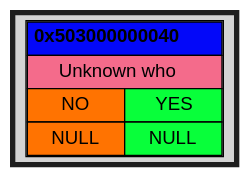
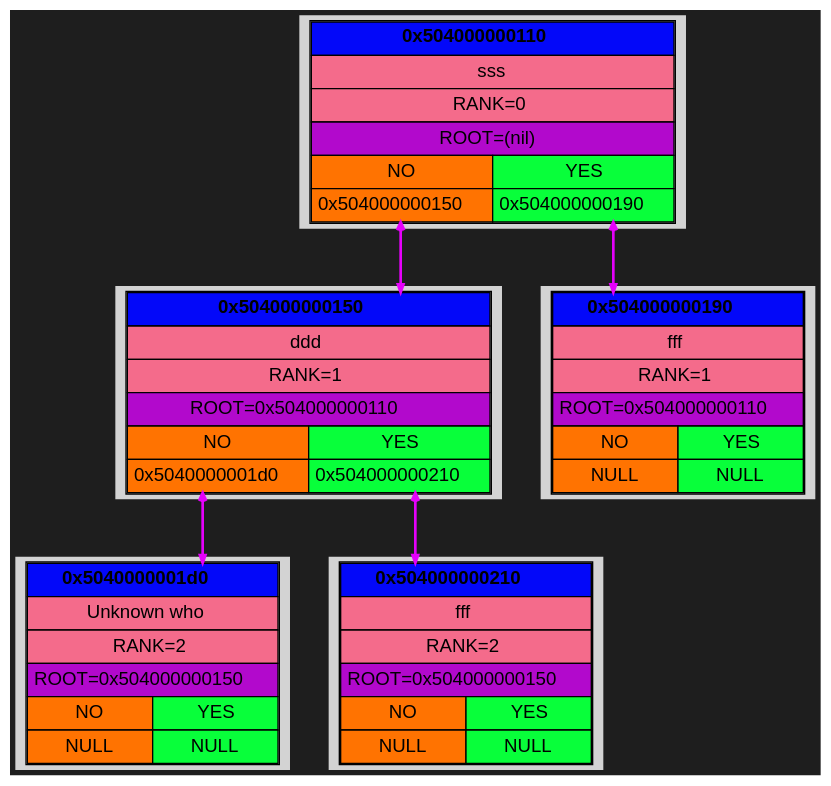
Before and after one commit to Kabuto-Mainer/Akinator: the diagram in DUMPS/DUMP_1/graph.dot, drawn with Graphviz. The commit also changed 11 other files, not shown here.

```diff
--- a/DUMPS/DUMP_1/graph.dot
+++ b/DUMPS/DUMP_1/graph.dot
@@ -1,22 +1,80 @@
 digraph {
   rankdir=UD;
   bgcolor="#1e1e1e"
   splines=ortho;
   nodesep=0.4;
   ranksep=0.6;
   node [shape=plaintext, style=filled, fontname="Helvetica"];
   edge [arrowhead=vee, arrowsize=0.6, penwidth=1.2];
 
-block_0x503000000040 [label=<
+block_0x5040000001d0 [label=<
 <TABLE CELLSPACING="0" CELLPADDING="4">
-<TR><TD PORT="root" BGCOLOR="#0308f9ff" COLSPAN="2"><B>0x503000000040</B></TD></TR>
+<TR><TD PORT="root" BGCOLOR="#0308f9ff" COLSPAN="2"><B>0x5040000001d0</B></TD></TR>
 <TR><TD BGCOLOR="#f46b8bff" COLSPAN="2">Unknown who</TD></TR>
+<TR><TD BGCOLOR="#f46b8bff" COLSPAN="2">RANK=2</TD></TR>
+<TR><TD BGCOLOR="#b209ccff" COLSPAN="2">ROOT=0x504000000150</TD></TR>
 <TR><TD BGCOLOR="#ff7301ff">NO</TD><TD BGCOLOR="#08ff3aff">YES</TD></TR>
 <TR>
 <TD PORT="left" BGCOLOR="#ff7301ff">NULL</TD>
 <TD PORT="right" BGCOLOR="#08ff3aff">NULL</TD>
 </TR>
 </TABLE> >];
 
+block_0x504000000210 [label=<
+<TABLE CELLSPACING="0" CELLPADDING="4">
+<TR><TD PORT="root" BGCOLOR="#0308f9ff" COLSPAN="2"><B>0x504000000210</B></TD></TR>
+<TR><TD BGCOLOR="#f46b8bff" COLSPAN="2">fff</TD></TR>
+<TR><TD BGCOLOR="#f46b8bff" COLSPAN="2">RANK=2</TD></TR>
+<TR><TD BGCOLOR="#b209ccff" COLSPAN="2">ROOT=0x504000000150</TD></TR>
+<TR><TD BGCOLOR="#ff7301ff">NO</TD><TD BGCOLOR="#08ff3aff">YES</TD></TR>
+<TR>
+<TD PORT="left" BGCOLOR="#ff7301ff">NULL</TD>
+<TD PORT="right" BGCOLOR="#08ff3aff">NULL</TD>
+</TR>
+</TABLE> >];
+
+block_0x504000000150 [label=<
+<TABLE CELLSPACING="0" CELLPADDING="4">
+<TR><TD PORT="root" BGCOLOR="#0308f9ff" COLSPAN="2"><B>0x504000000150</B></TD></TR>
+<TR><TD BGCOLOR="#f46b8bff" COLSPAN="2">ddd</TD></TR>
+<TR><TD BGCOLOR="#f46b8bff" COLSPAN="2">RANK=1</TD></TR>
+<TR><TD BGCOLOR="#b209ccff" COLSPAN="2">ROOT=0x504000000110</TD></TR>
+<TR><TD BGCOLOR="#ff7301ff">NO</TD><TD BGCOLOR="#08ff3aff">YES</TD></TR>
+<TR>
+<TD PORT="left" BGCOLOR="#ff7301ff">0x5040000001d0</TD>
+<TD PORT="right" BGCOLOR="#08ff3aff">0x504000000210</TD>
+</TR>
+</TABLE> >];
+
+block_0x504000000190 [label=<
+<TABLE CELLSPACING="0" CELLPADDING="4">
+<TR><TD PORT="root" BGCOLOR="#0308f9ff" COLSPAN="2"><B>0x504000000190</B></TD></TR>
+<TR><TD BGCOLOR="#f46b8bff" COLSPAN="2">fff</TD></TR>
+<TR><TD BGCOLOR="#f46b8bff" COLSPAN="2">RANK=1</TD></TR>
+<TR><TD BGCOLOR="#b209ccff" COLSPAN="2">ROOT=0x504000000110</TD></TR>
+<TR><TD BGCOLOR="#ff7301ff">NO</TD><TD BGCOLOR="#08ff3aff">YES</TD></TR>
+<TR>
+<TD PORT="left" BGCOLOR="#ff7301ff">NULL</TD>
+<TD PORT="right" BGCOLOR="#08ff3aff">NULL</TD>
+</TR>
+</TABLE> >];
+
+block_0x504000000110 [label=<
+<TABLE CELLSPACING="0" CELLPADDING="4">
+<TR><TD PORT="root" BGCOLOR="#0308f9ff" COLSPAN="2"><B>0x504000000110</B></TD></TR>
+<TR><TD BGCOLOR="#f46b8bff" COLSPAN="2">sss</TD></TR>
+<TR><TD BGCOLOR="#f46b8bff" COLSPAN="2">RANK=0</TD></TR>
+<TR><TD BGCOLOR="#b209ccff" COLSPAN="2">ROOT=(nil)</TD></TR>
+<TR><TD BGCOLOR="#ff7301ff">NO</TD><TD BGCOLOR="#08ff3aff">YES</TD></TR>
+<TR>
+<TD PORT="left" BGCOLOR="#ff7301ff">0x504000000150</TD>
+<TD PORT="right" BGCOLOR="#08ff3aff">0x504000000190</TD>
+</TR>
+</TABLE> >];
+
+block_0x504000000150:right -> block_0x504000000210:root [color="#e501faff", penwidth = 2, arrowsize = 0.6, constraint = true, dir = both];
+block_0x504000000150:left -> block_0x5040000001d0:root [color="#e501faff", penwidth = 2, arrowsize = 0.6, constraint = true, dir = both];
+block_0x504000000110:right -> block_0x504000000190:root [color="#e501faff", penwidth = 2, arrowsize = 0.6, constraint = true, dir = both];
+block_0x504000000110:left -> block_0x504000000150:root [color="#e501faff", penwidth = 2, arrowsize = 0.6, constraint = true, dir = both];
 
 }
```
